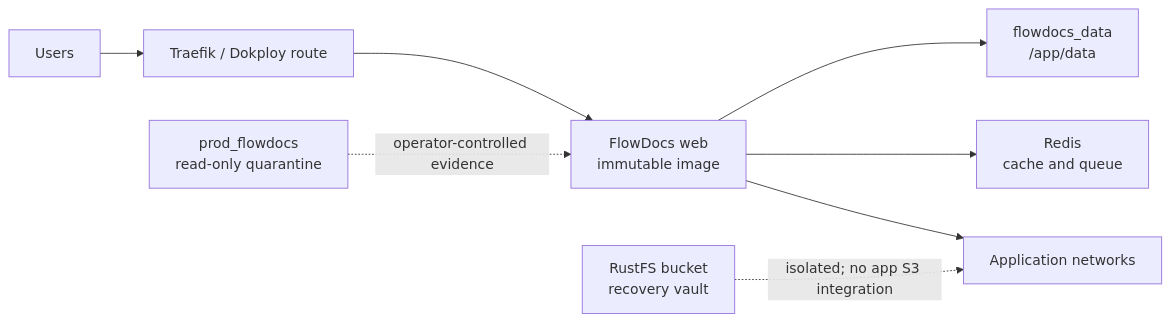
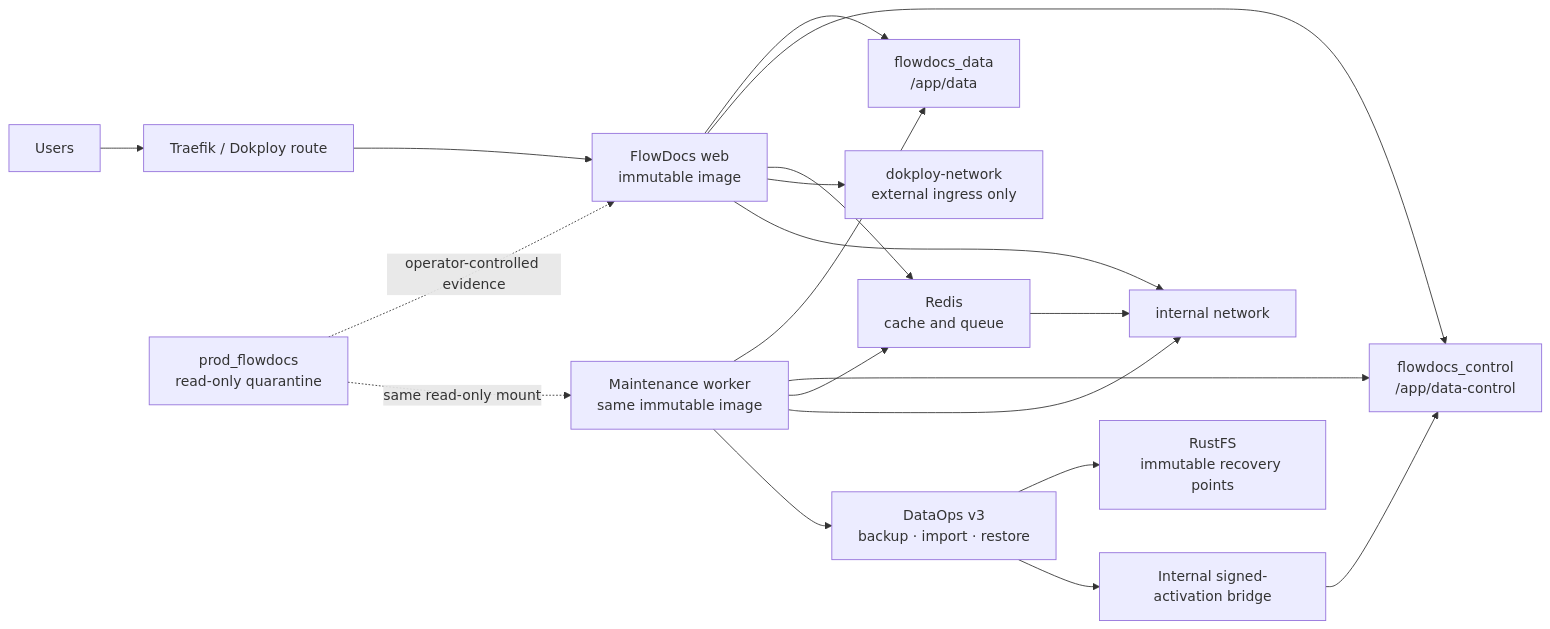
Before and after one commit to Nimble-esolutions/PdfSearch: the diagram in docs/diagrams/runtime-topology.mmd, drawn with Mermaid. The commit also changed 51 other files, not shown here.

Commit message:
docs: reconcile DataOps and VaultOps architecture truth

```diff
--- a/docs/diagrams/runtime-topology.mmd
+++ b/docs/diagrams/runtime-topology.mmd
@@ -1,8 +1,19 @@
 flowchart LR
     users["Users"] --> traefik["Traefik / Dokploy route"]
     traefik --> web["FlowDocs web\nimmutable image"]
+    worker["Maintenance worker\nsame immutable image"] --> data
     web --> data["flowdocs_data\n/app/data"]
+    web --> control["flowdocs_control\n/app/data-control"]
+    worker --> control
     web --> redis["Redis\ncache and queue"]
+    worker --> redis
     legacy["prod_flowdocs\nread-only quarantine"] -.->|operator-controlled evidence| web
-    web --> appnet["Application networks"]
-    rustfs["RustFS bucket\nrecovery vault"] -.->|isolated; no app S3 integration| appnet
+    legacy -.->|same read-only mount| worker
+    web --> ingress["dokploy-network\nexternal ingress only"]
+    web --> internal["internal network"]
+    worker --> internal
+    redis --> internal
+    worker --> dataops["DataOps v3\nbackup · import · restore"]
+    dataops --> rustfs["RustFS\nimmutable recovery points"]
+    dataops --> bridge["Internal signed-activation bridge"]
+    bridge --> control
```
